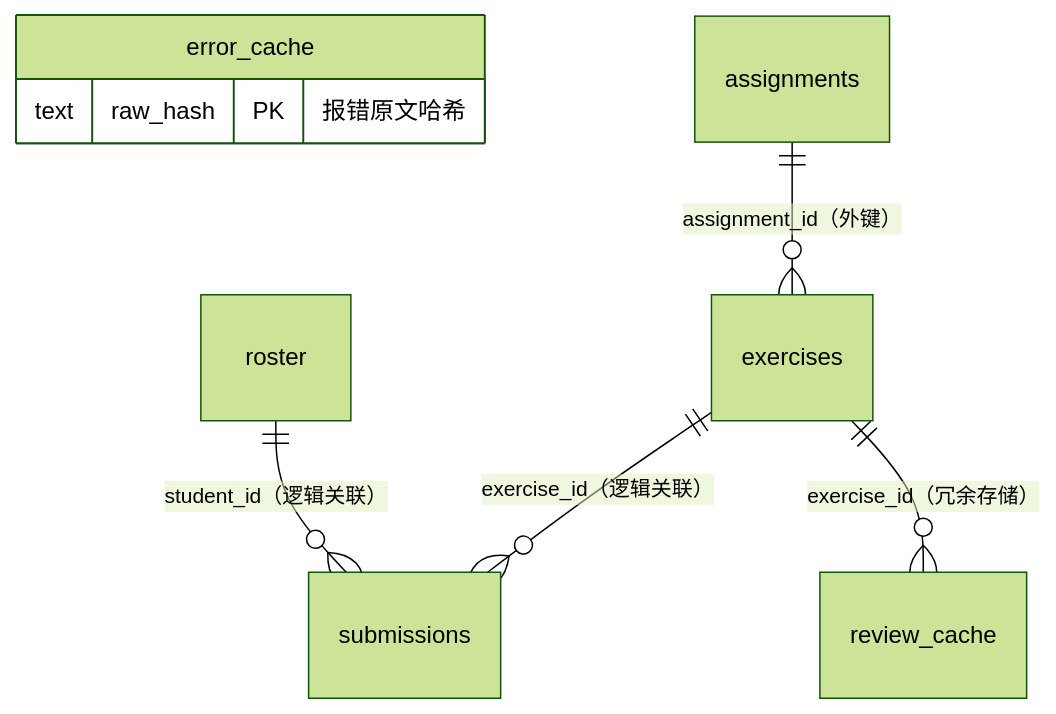
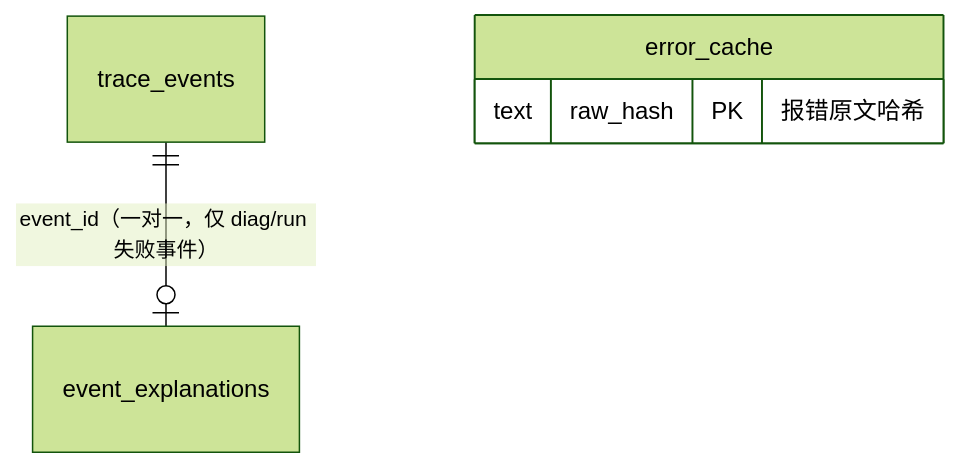
One commit to wksansha/classroom-assistant changed the diagram in docs/database-schema.md. Above: the diagram before and after it, drawn with Mermaid (forest theme). The commit also changed other lines of this file and 1 other file, not shown here.

````diff
--- a/docs/database-schema.md
+++ b/docs/database-schema.md
@@ -22,12 +25,9 @@
 ```mermaid
 erDiagram
-    %% 监控子系统
+    %% L1 事件流水
+    trace_events ||--o| event_explanations : "event_id（一对一，仅 diag/run 失败事件）"
+    %% 实时监控
     error_cache {
         text raw_hash PK "报错原文哈希"
     }
-    %% 作业子系统
-    roster ||--o{ submissions : "student_id（逻辑关联）"
-    assignments ||--o{ exercises : "assignment_id（外键）"
-    exercises ||--o{ submissions : "exercise_id（逻辑关联）"
-    exercises ||--o{ review_cache : "exercise_id（冗余存储）"
 ```
````
